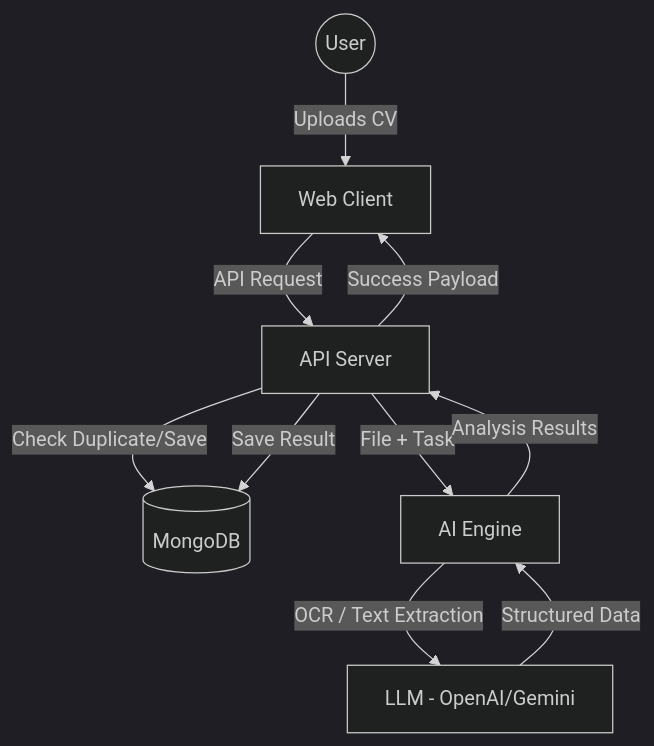
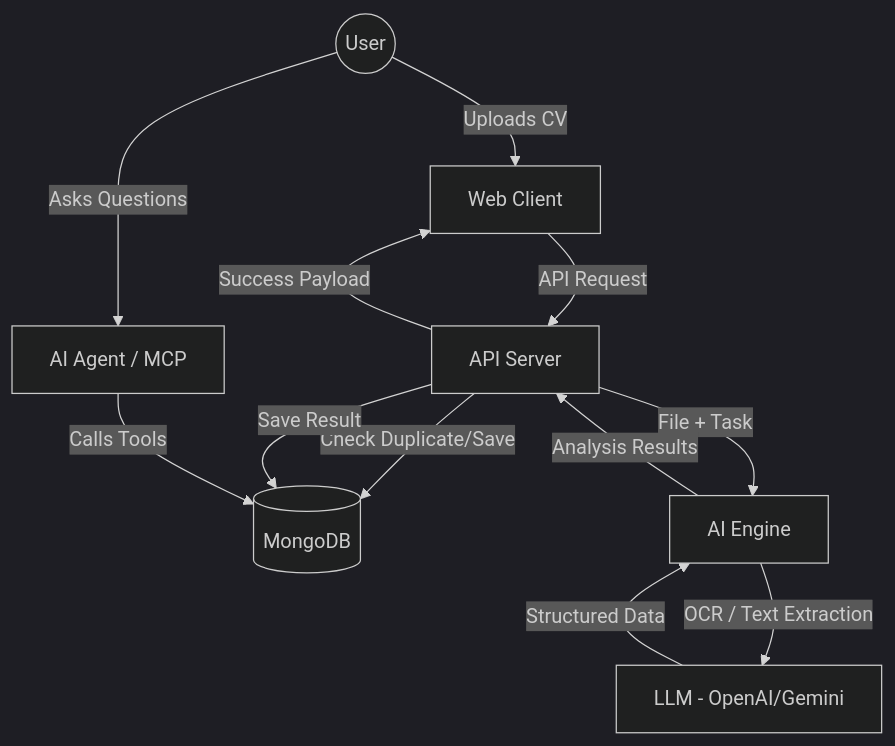
One commit to chrisHHieu/SmartHire changed the diagram in README.md. Above: the diagram before and after it, drawn with Mermaid (dark theme). The commit also changed other lines of this file and 9 other files, not shown here.

First line of the commit message:
feat: implement SmartHire MCP Server for AI Agent capabilities

````diff
--- a/README.md
+++ b/README.md
@@ -24,12 +25,14 @@
 ```mermaid
 graph TD
     User((User)) -->|Uploads CV| web_client[Web Client]
+    User -->|Asks Questions| mcp_agent[AI Agent / MCP]
     web_client -->|API Request| api_server[API Server]
     api_server -->|Check Duplicate/Save| mongo_db[(MongoDB)]
     api_server -->|File + Task| ai_engine[AI Engine]
     ai_engine -->|OCR / Text Extraction| Llama[LLM - OpenAI/Gemini]
     Llama -->|Structured Data| ai_engine
     ai_engine -->|Analysis Results| api_server
     api_server -->|Save Result| mongo_db
+    mcp_agent -->|Calls Tools| mongo_db
     api_server -->|Success Payload| web_client
 ```
````
